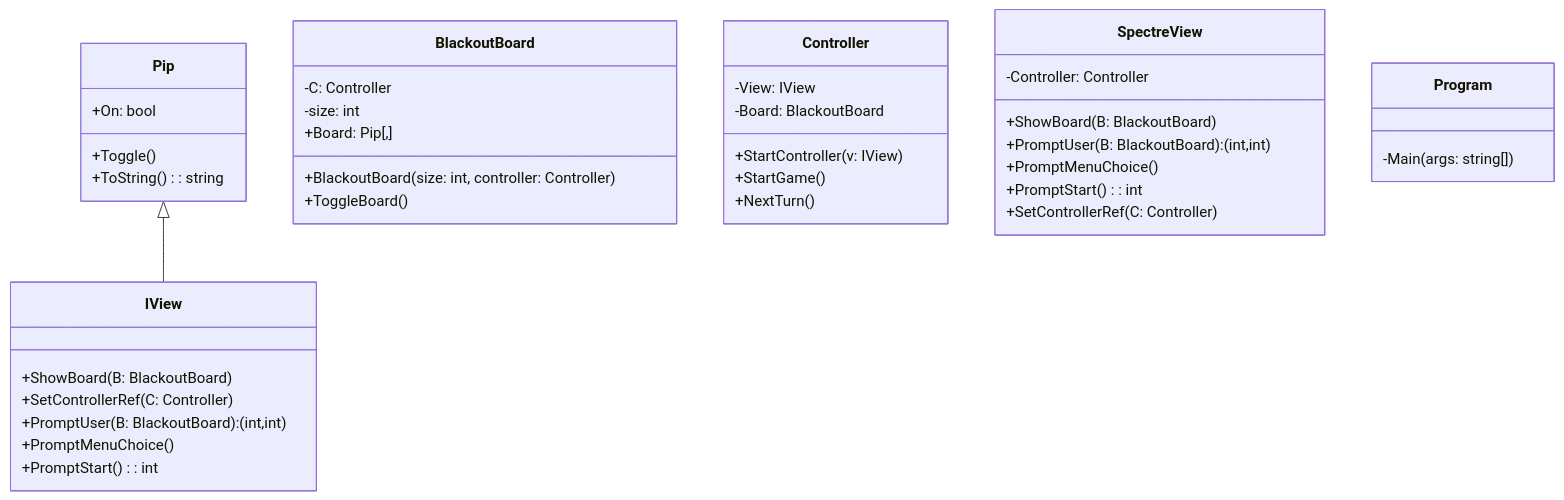
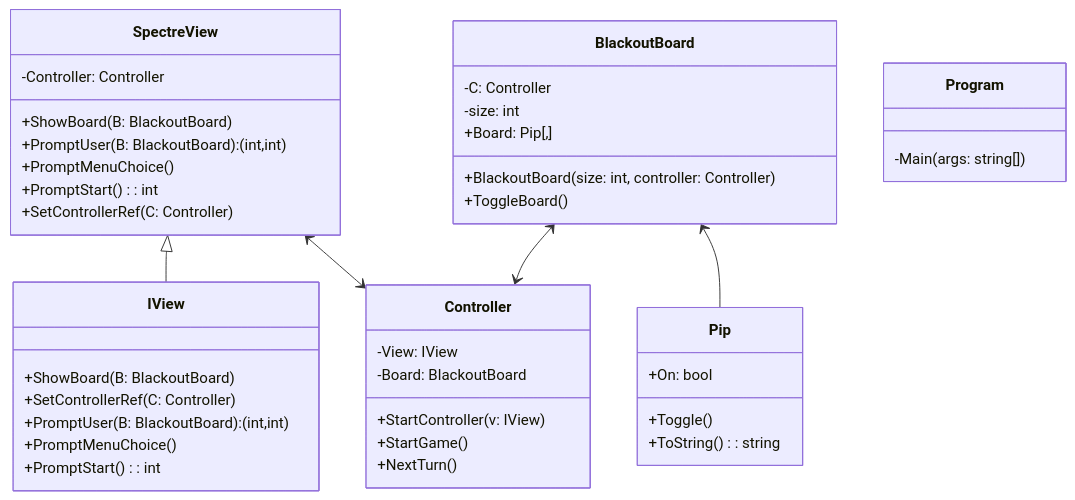
One commit to YellowPaintGames/Blackout---Projeto-Final-LP changed the diagram in README.md. Above: the diagram before and after it, drawn with Mermaid. The commit also changed other lines of this file, not shown here.

````diff
--- a/README.md
+++ b/README.md
@@ -26,52 +26,53 @@
 ```mermaid
-
 classDiagram
-    Pip <|-- IView
-
+    SpectreView <|-- IView
+    SpectreView <--> Controller
+    BlackoutBoard <--> Controller
+    BlackoutBoard <-- Pip
     class BlackoutBoard{
         -C: Controller
         -size: int
         +Board: Pip[,]
         
         +BlackoutBoard(size: int, controller: Controller)
         +ToggleBoard()
     }
 
     class Controller{
         -View: IView
         -Board: BlackoutBoard
         
         +StartController(v: IView)
         +StartGame()
         +NextTurn()
     }
 
     class IView{        
         +ShowBoard(B: BlackoutBoard)
         +SetControllerRef(C: Controller)
         +PromptUser(B: BlackoutBoard): (int,int)
         +PromptMenuChoice()
         +PromptStart(): int
     }
 
     class Pip{        
         +On: bool
 
         +Toggle()
         +ToString(): string
     }
 
     class SpectreView{        
         -Controller: Controller
 
         +ShowBoard(B: BlackoutBoard)
         +PromptUser(B: BlackoutBoard): (int,int)
         +PromptMenuChoice()
         +PromptStart(): int
         +SetControllerRef(C: Controller)
     }
 
-    class Program{        
+    class Program{
         -Main(args: string[])
     }
 ```
````
